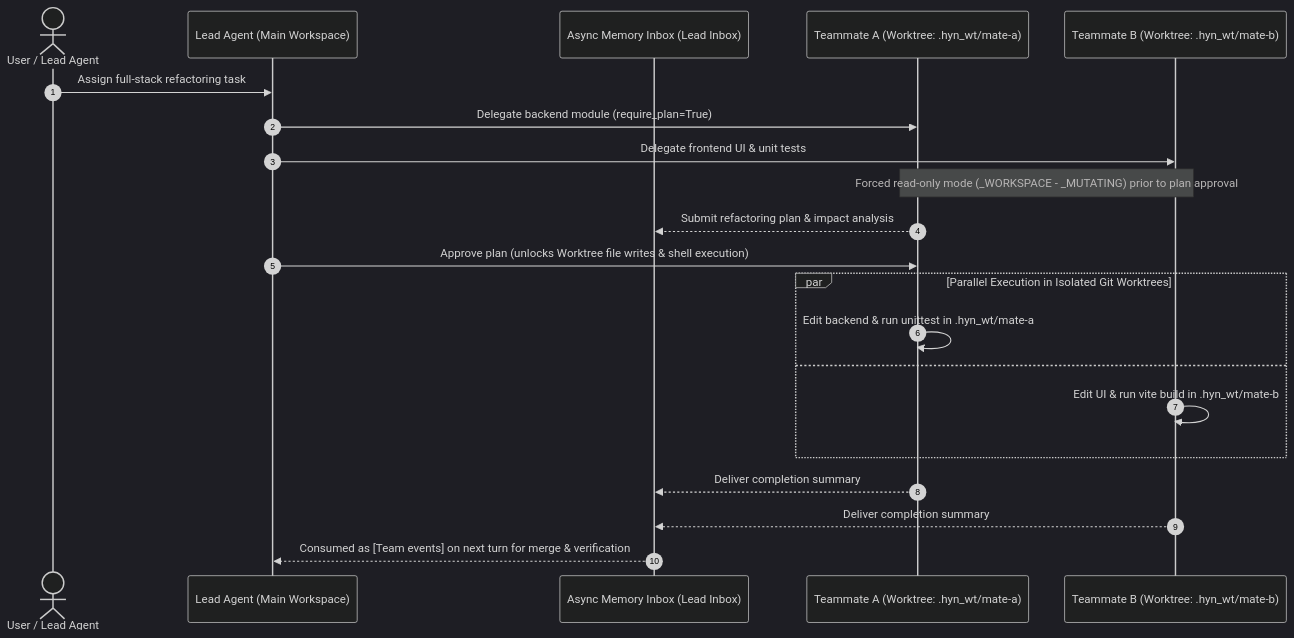
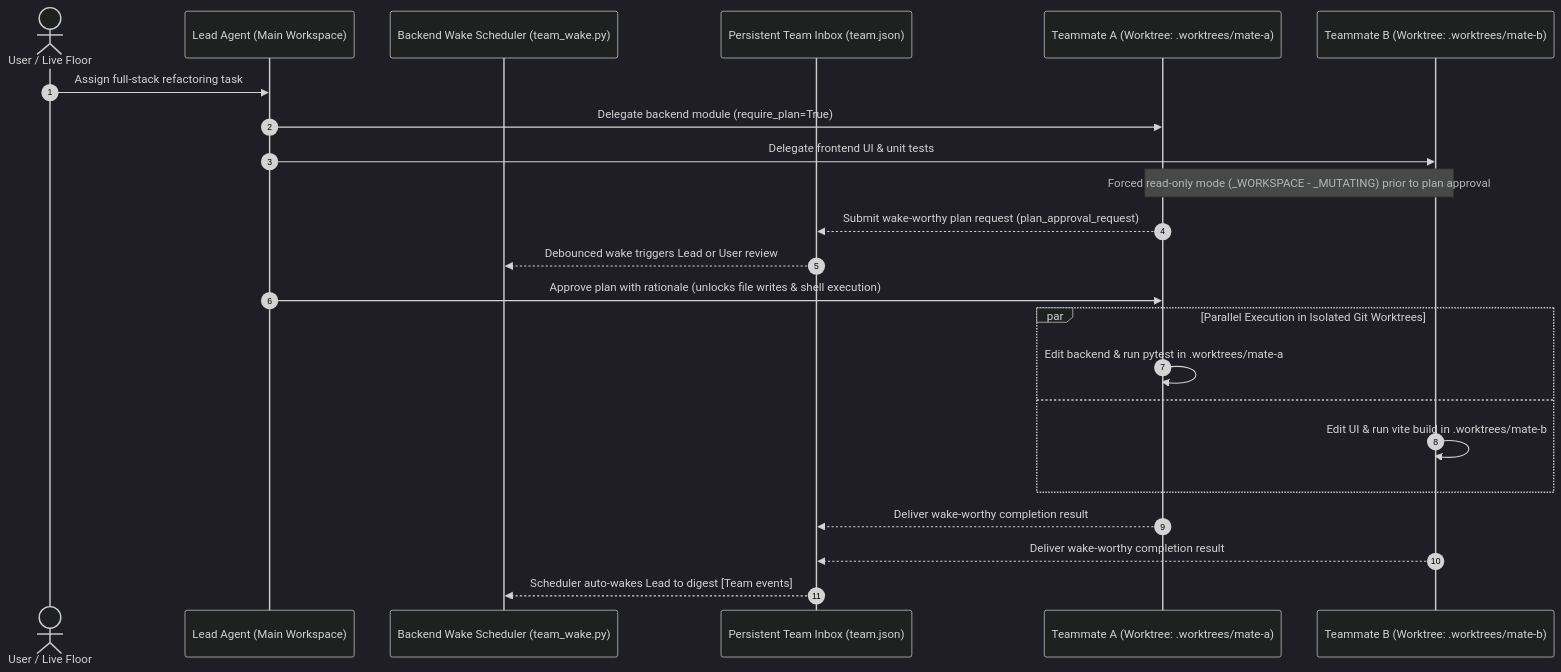
One commit to HelmAgent/Helm_website changed the diagram in docs/en/architecture/multi-agent-team.md. Above: the diagram before and after it, drawn with Mermaid (dark theme). The commit also changed other lines of this file and 27 other files, not shown here.

Commit message:
docs(architecture): update memory and RAG documentation to reflect new four-layer prefix cache architecture and performance metrics; revise multi-agent team structure for enhanced clarity and functionality

````diff
--- a/docs/en/architecture/multi-agent-team.md
+++ b/docs/en/architecture/multi-agent-team.md
@@ -16,24 +16,26 @@
 ```mermaid
 sequenceDiagram
   autonumber
-  actor User as User / Lead Agent
+  actor User as User / Live Floor
   participant Lead as Lead Agent (Main Workspace)
-  participant Inbox as Async Memory Inbox (Lead Inbox)
-  participant MateA as Teammate A (Worktree: .hyn_wt/mate-a)
-  participant MateB as Teammate B (Worktree: .hyn_wt/mate-b)
+  participant Wake as Backend Wake Scheduler (team_wake.py)
+  participant Inbox as Persistent Team Inbox (team.json)
+  participant MateA as Teammate A (Worktree: .worktrees/mate-a)
+  participant MateB as Teammate B (Worktree: .worktrees/mate-b)
 
   User->>Lead: Assign full-stack refactoring task
   Lead->>MateA: Delegate backend module (require_plan=True)
   Lead->>MateB: Delegate frontend UI & unit tests
   Note over MateA,MateB: Forced read-only mode (_WORKSPACE - _MUTATING) prior to plan approval
-  MateA-->>Inbox: Submit refactoring plan & impact analysis
-  Lead->>MateA: Approve plan (unlocks Worktree file writes & shell execution)
+  MateA-->>Inbox: Submit wake-worthy plan request (plan_approval_request)
+  Inbox-->>Wake: Debounced wake triggers Lead or User review
+  Lead->>MateA: Approve plan with rationale (unlocks file writes & shell execution)
   par Parallel Execution in Isolated Git Worktrees
-    MateA->>MateA: Edit backend & run unittest in .hyn_wt/mate-a
+    MateA->>MateA: Edit backend & run pytest in .worktrees/mate-a
   and
-    MateB->>MateB: Edit UI & run vite build in .hyn_wt/mate-b
+    MateB->>MateB: Edit UI & run vite build in .worktrees/mate-b
   end
-  MateA-->>Inbox: Deliver completion summary
-  MateB-->>Inbox: Deliver completion summary
-  Inbox-->>Lead: Consumed as [Team events] on next turn for merge & verification
+  MateA-->>Inbox: Deliver wake-worthy completion result
+  MateB-->>Inbox: Deliver wake-worthy completion result
+  Inbox-->>Wake: Scheduler auto-wakes Lead to digest [Team events]
 ```
````
